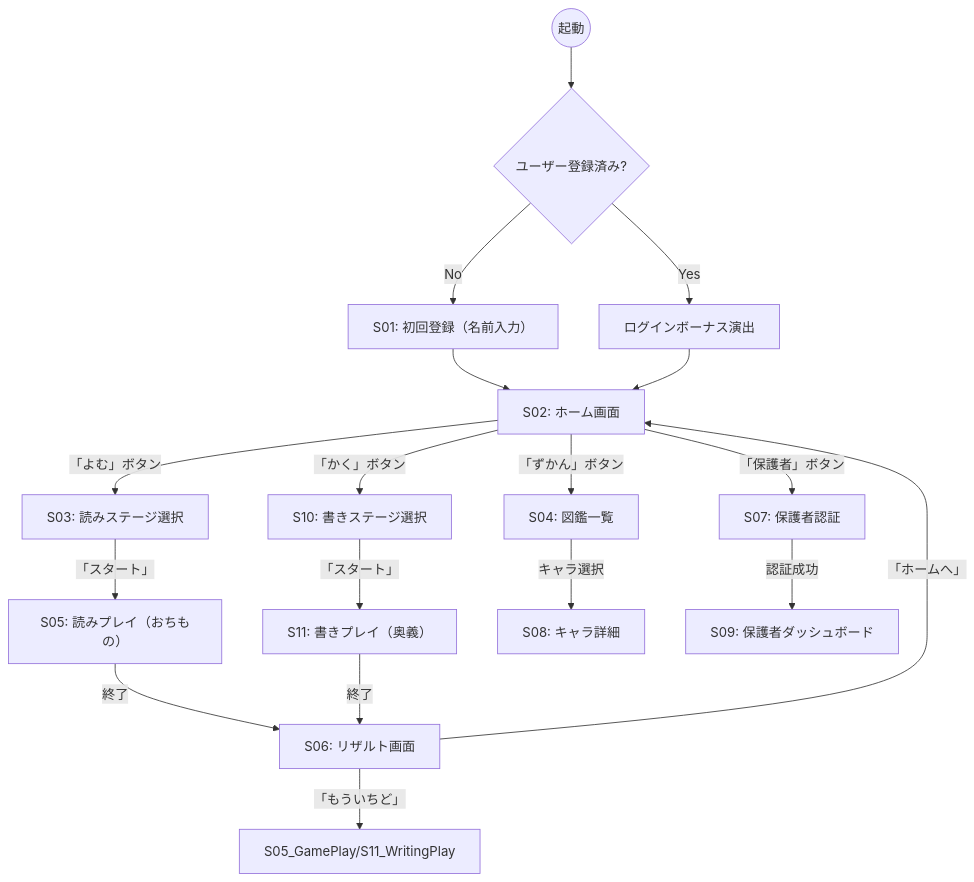
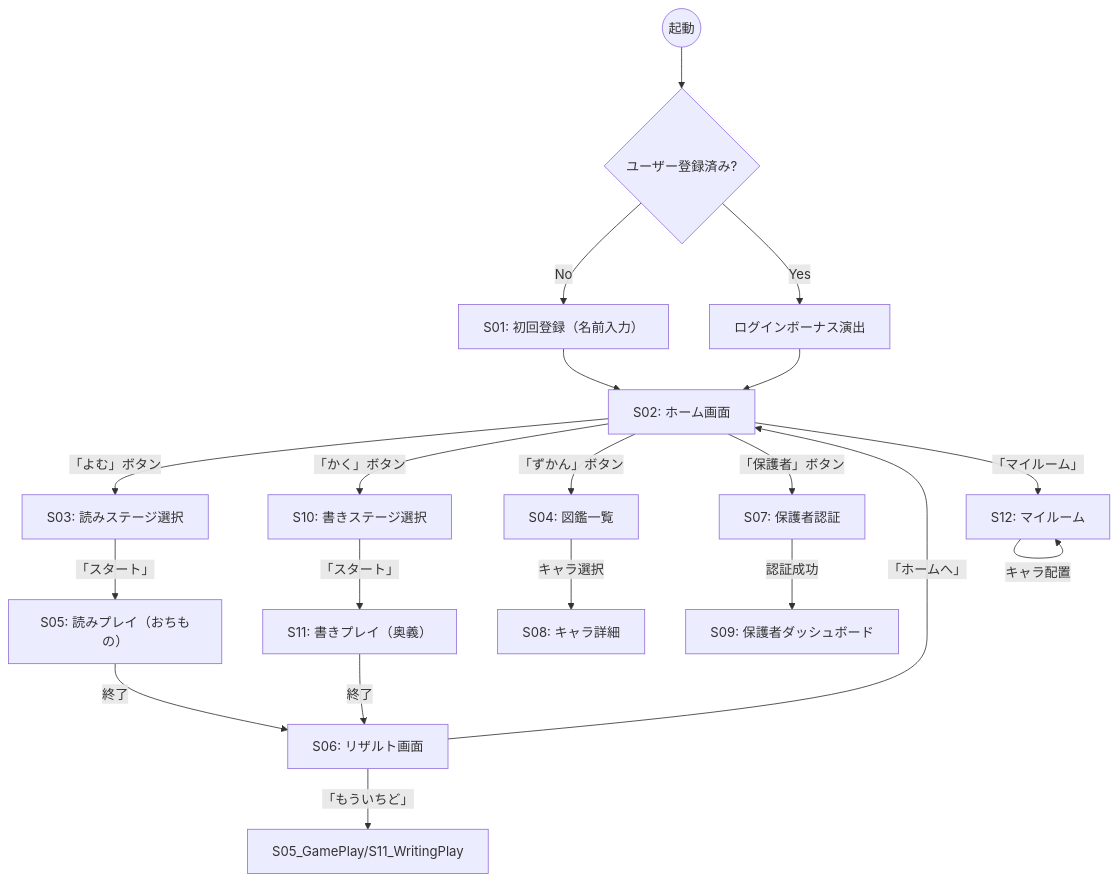
The diagram in Documents/screen_design.md (daishi-japan/kanji-game-website), drawn with Mermaid before and after one commit. The commit also changed other lines of this file and 7 other files, not shown here.

````diff
--- a/Documents/screen_design.md
+++ b/Documents/screen_design.md
@@ -9,35 +10,37 @@
 ```mermaid
 graph TD
     %% ノード定義
     Start((起動)) --> CheckUser{ユーザー登録済み?}
     
     CheckUser -- No --> S01_Onboarding[S01: 初回登録（名前入力）]
     S01_Onboarding --> S02_Home
     
     CheckUser -- Yes --> LoginBonus[ログインボーナス演出]
     LoginBonus --> S02_Home[S02: ホーム画面]
 
     %% ホームからの遷移
     S02_Home --> |「よむ」ボタン| S03_ReadingStage[S03: 読みステージ選択]
     S02_Home --> |「かく」ボタン| S10_WritingStage[S10: 書きステージ選択]
     S02_Home --> |「ずかん」ボタン| S04_Collection[S04: 図鑑一覧]
+    S02_Home --> |「マイルーム」| S12_MyRoom[S12: マイルーム]
     S02_Home --> |「保護者」ボタン| S07_ParentAuth[S07: 保護者認証]
 
     %% 読みゲームループ
     S03_ReadingStage --> |「スタート」| S05_GamePlay[S05: 読みプレイ（おちもの）]
     S05_GamePlay --> |終了| S06_Result[S06: リザルト画面]
 
     %% 書きゲームループ
     S10_WritingStage --> |「スタート」| S11_WritingPlay[S11: 書きプレイ（奥義）]
     S11_WritingPlay --> |終了| S06_Result
 
     %% リザルト共通
     S06_Result --> |「ホームへ」| S02_Home
     S06_Result --> |「もういちど」| S05_GamePlay/S11_WritingPlay
 
-    %% 詳細・図鑑
+    %% 詳細・図鑑・マイルーム
     S04_Collection --> |キャラ選択| S08_CharDetail[S08: キャラ詳細]
+    S12_MyRoom --> |キャラ配置| S12_MyRoom
     
     %% 保護者機能
     S07_ParentAuth --> |認証成功| S09_ParentDash[S09: 保護者ダッシュボード]
 ```
````
